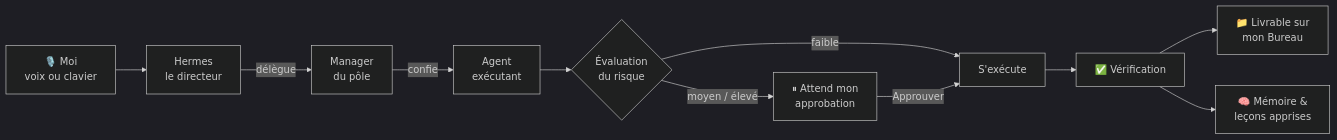
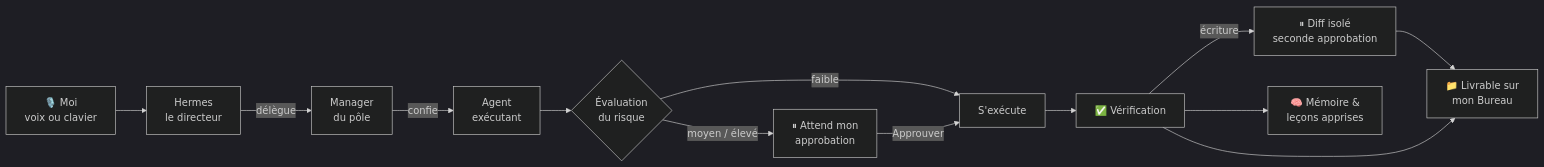
Before and after one commit to Dow08/OS-Agentique_showcase: the first of 3 diagrams in README.fr.md, drawn with Mermaid (dark theme). The commit also changed other lines of this file and 18 other files, not shown here.

````diff
--- a/README.fr.md
+++ b/README.fr.md
@@ -49,13 +55,15 @@
 ```mermaid
 flowchart LR
     A["🎙️ Moi<br/>voix ou clavier"] --> B["Hermes<br/>le directeur"]
     B -->|délègue| C["Manager<br/>du pôle"]
     C -->|confie| D["Agent<br/>exécutant"]
     D --> E{"Évaluation<br/>du risque"}
     E -->|faible| F["S'exécute"]
     E -->|moyen / élevé| G["⏸ Attend mon<br/>approbation"]
     G -->|Approuver| F
     F --> H["✅ Vérification"]
+    H -->|écriture| H2["⏸ Diff isolé<br/>seconde approbation"]
+    H2 --> I
     H --> I["📁 Livrable sur<br/>mon Bureau"]
     H --> J["🧠 Mémoire &<br/>leçons apprises"]
 ```
````
